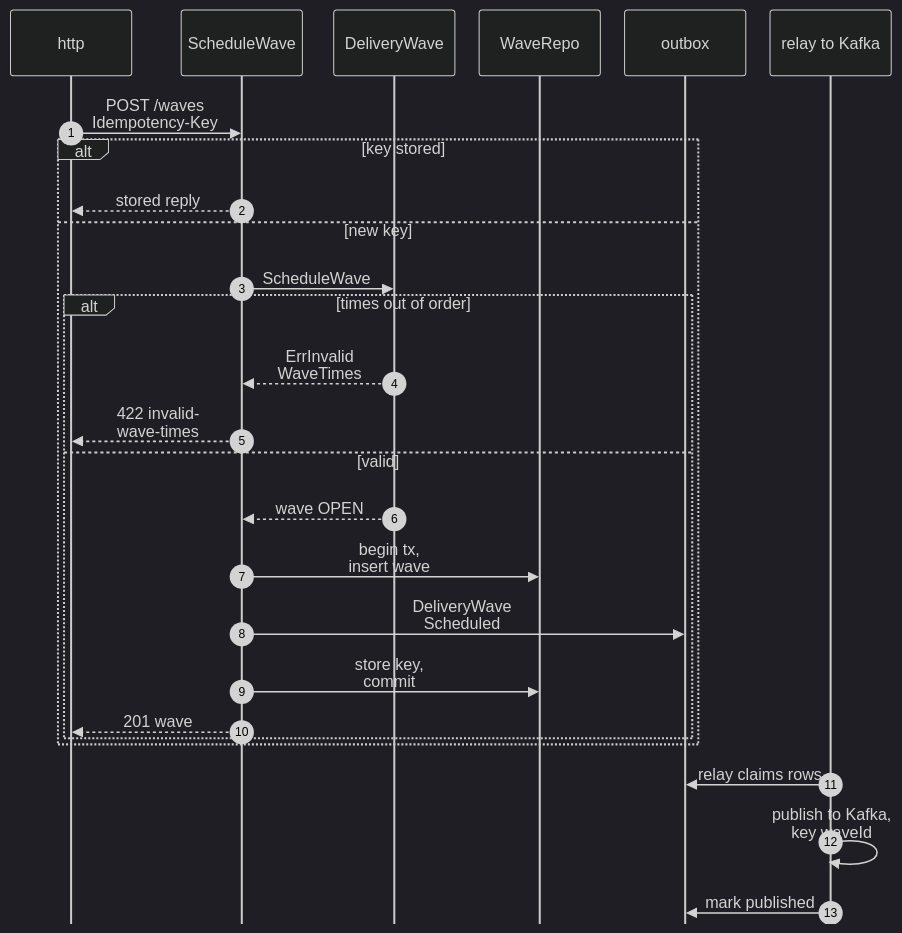
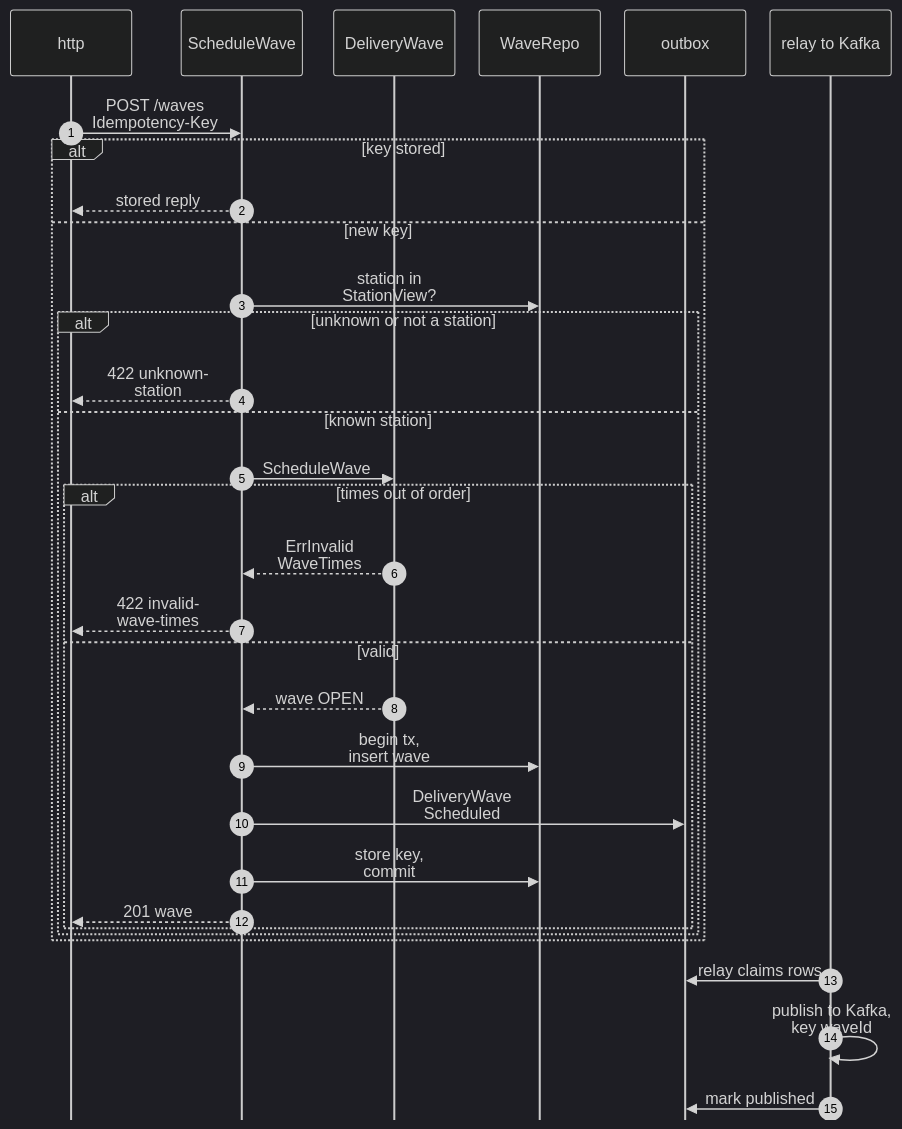
The first of 11 diagrams in network/docs/contexts/last-mile-delivery/sequence-diagrams.md (IQVO/warehouse-docs), drawn with Mermaid (dark theme) before and after one commit. The commit also changed other lines of this file and 7 other files, not shown here.

````diff
--- a/network/docs/contexts/last-mile-delivery/sequence-diagrams.md
+++ b/network/docs/contexts/last-mile-delivery/sequence-diagrams.md
@@ -36,30 +38,35 @@
 ```mermaid
 %%{init: {"sequence": {"wrap": true, "width": 120, "actorMargin": 24, "messageMargin": 28, "boxMargin": 6, "noteMargin": 6, "mirrorActors": false}}}%%
 sequenceDiagram
     autonumber
     participant HTTP as http
     participant UC as ScheduleWave
     participant AGG as DeliveryWave
     participant REPO as WaveRepo
     participant OB as outbox
     participant K as relay to Kafka
     HTTP->>UC: POST /waves<br/>Idempotency-Key
     alt key stored
         UC-->>HTTP: stored reply
     else new key
+        UC->>REPO: station in<br/>StationView?
+        alt unknown or not a station
+            UC-->>HTTP: 422 unknown-<br/>station
+        else known station
         UC->>AGG: ScheduleWave
         alt times out of order
             AGG-->>UC: ErrInvalid<br/>WaveTimes
             UC-->>HTTP: 422 invalid-<br/>wave-times
         else valid
             AGG-->>UC: wave OPEN
             UC->>REPO: begin tx,<br/>insert wave
             UC->>OB: DeliveryWave<br/>Scheduled
             UC->>REPO: store key,<br/>commit
             UC-->>HTTP: 201 wave
         end
+        end
     end
     K->>OB: relay claims rows
     K->>K: publish to Kafka,<br/>key waveId
     K->>OB: mark published
 ```
````
